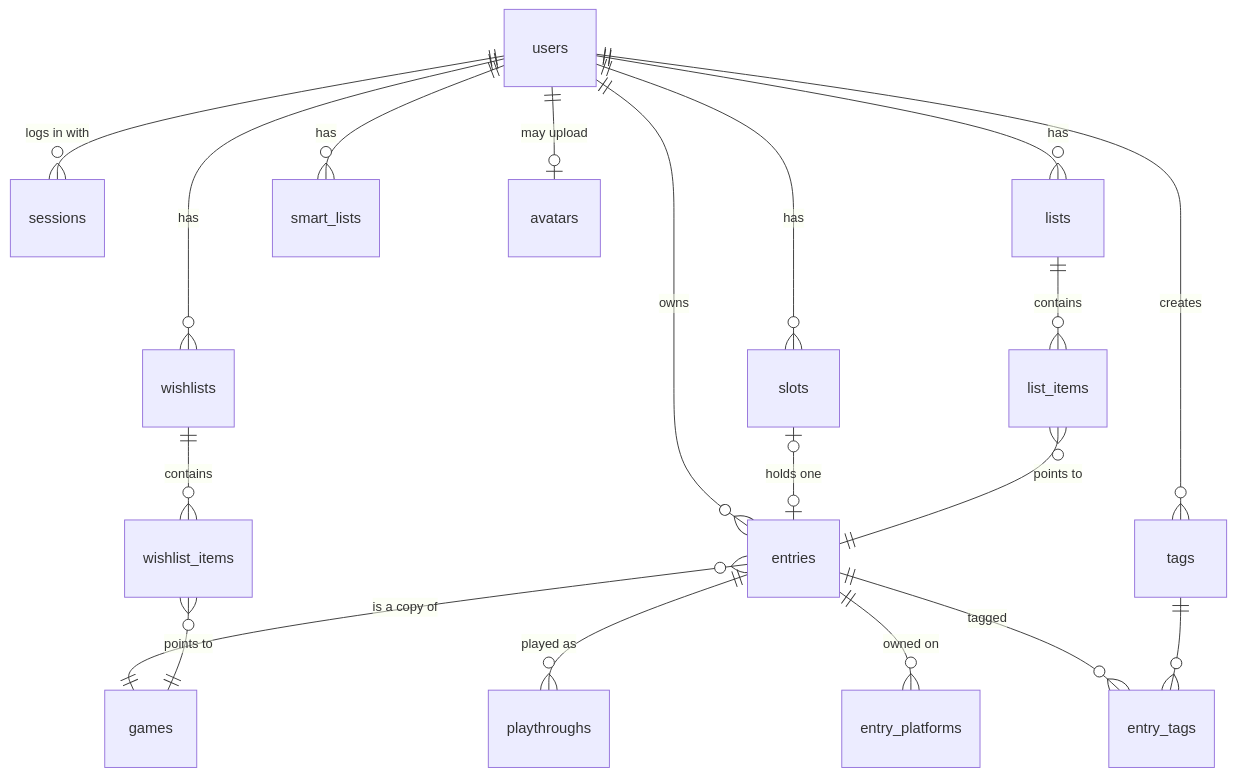
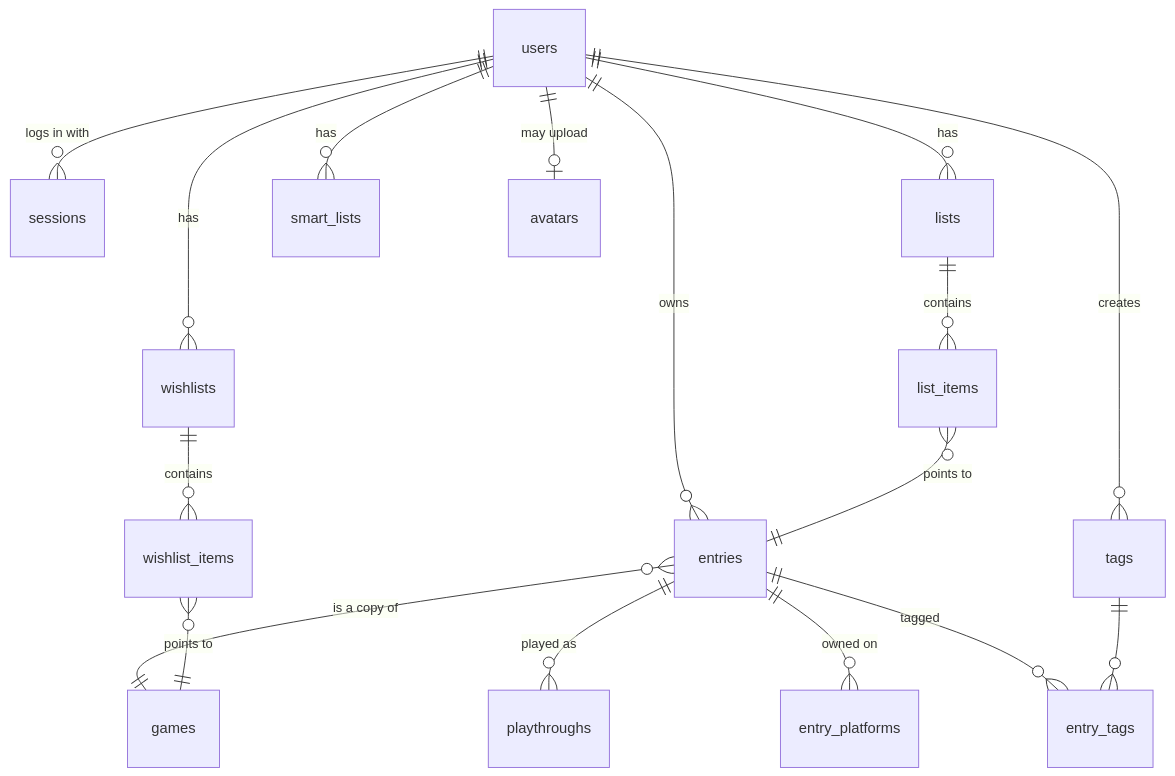
Before and after one commit to joeattardi/gamequeue: the fifth of 21 diagrams in OVERVIEW.md, drawn with Mermaid. The commit also changed other lines of this file and 77 other files, not shown here.

````diff
--- a/OVERVIEW.md
+++ b/OVERVIEW.md
@@ -226,22 +226,20 @@
 ```mermaid
 erDiagram
     users ||--o{ sessions : "logs in with"
     users ||--o{ entries : "owns"
-    users ||--o{ slots : "has"
     users ||--o{ lists : "has"
     users ||--o{ smart_lists : "has"
     users ||--o{ wishlists : "has"
     users ||--o| avatars : "may upload"
     users ||--o{ tags : "creates"
 
     entries }o--|| games : "is a copy of"
     entries ||--o{ playthroughs : "played as"
     entries ||--o{ entry_platforms : "owned on"
     entries ||--o{ entry_tags : "tagged"
     tags ||--o{ entry_tags : ""
-    slots |o--o| entries : "holds one"
     lists ||--o{ list_items : "contains"
     list_items }o--|| entries : "points to"
     wishlists ||--o{ wishlist_items : "contains"
     wishlist_items }o--|| games : "points to"
 ```
````
